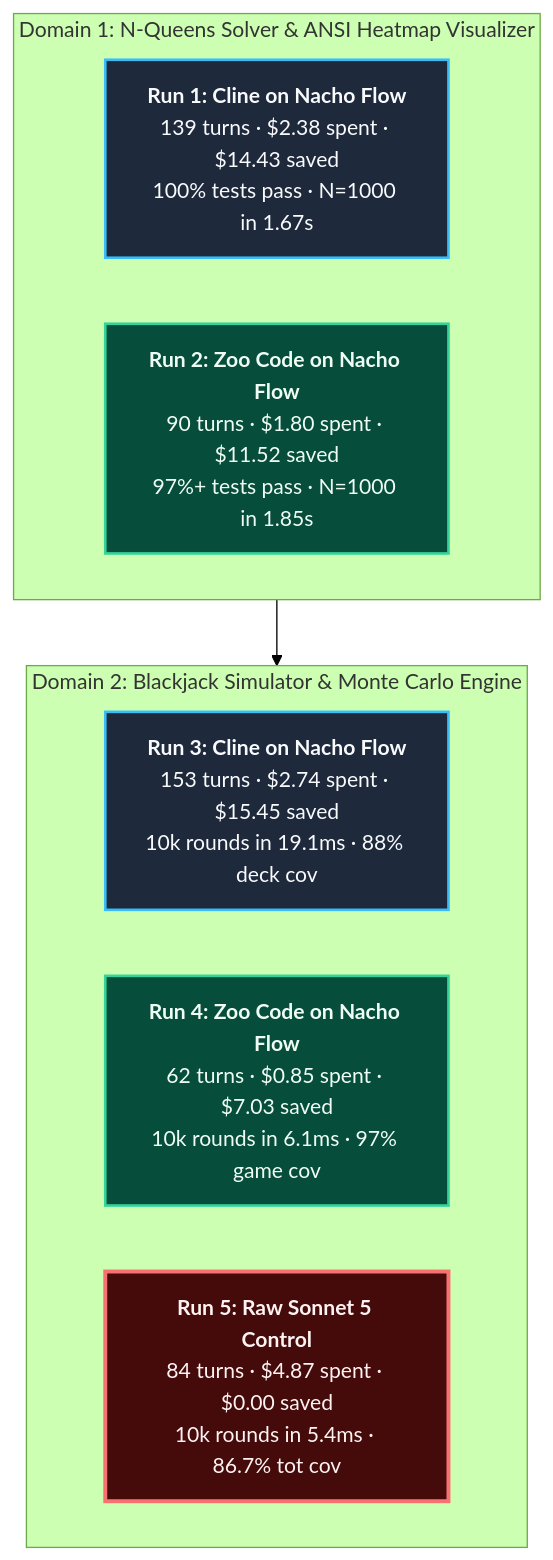
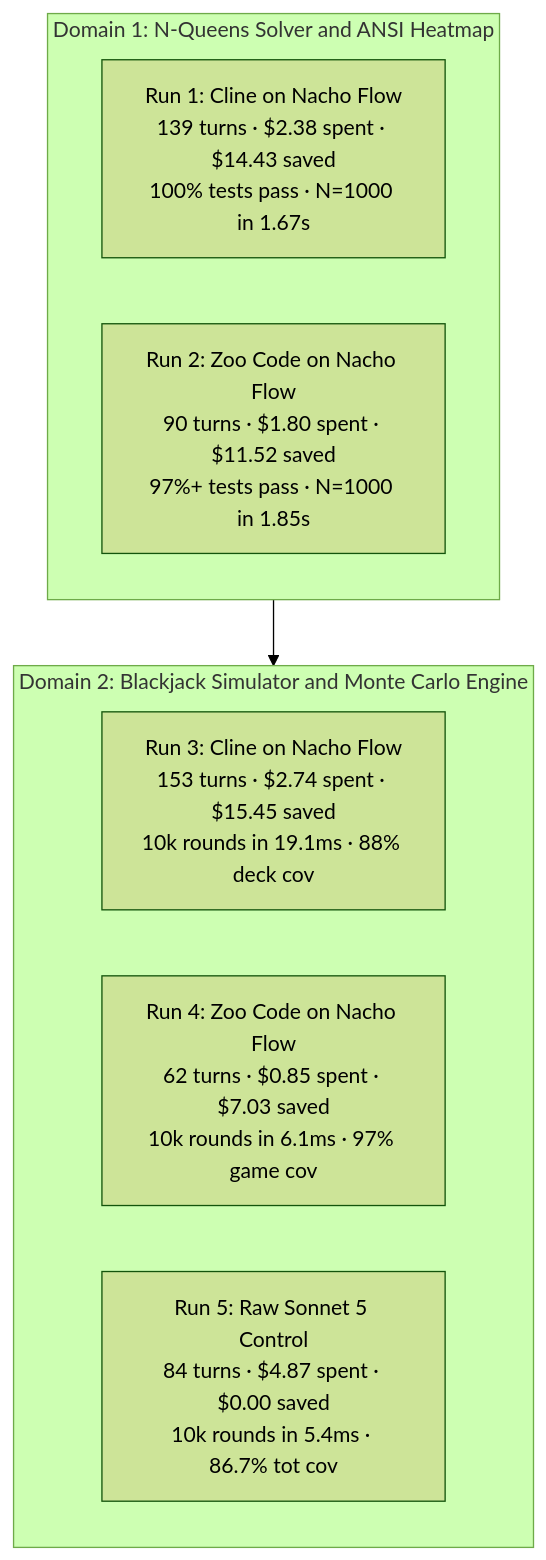
The second of 10 diagrams in docs/Sonnet-control-study.md (dixieflatline76/nacho-flow), drawn with Mermaid (forest theme) before and after one commit. The commit also changed other lines of this file and 2 other files, not shown here.

Commit message:
docs: fix mermaid diagrams for universal markdown preview compatibility

````diff
--- a/docs/Sonnet-control-study.md
+++ b/docs/Sonnet-control-study.md
@@ -92,19 +94,15 @@
 ```mermaid
-graph TD
-    classDef cline fill:#1e293b,stroke:#38bdf8,stroke-width:2px,color:#f8fafc;
-    classDef zoo fill:#064e3b,stroke:#34d399,stroke-width:2px,color:#f0fdf4;
-    classDef control fill:#450a0a,stroke:#f87171,stroke-width:3px,color:#fef2f2;
-
-    subgraph Problem1["Domain 1: N-Queens Solver & ANSI Heatmap Visualizer"]
-        R1["<b>Run 1: Cline on Nacho Flow</b><br/>139 turns · $2.38 spent · $14.43 saved<br/>100% tests pass · N=1000 in 1.67s"]:::cline
-        R2["<b>Run 2: Zoo Code on Nacho Flow</b><br/>90 turns · $1.80 spent · $11.52 saved<br/>97%+ tests pass · N=1000 in 1.85s"]:::zoo
+flowchart TD
+    subgraph Problem1["Domain 1: N-Queens Solver and ANSI Heatmap"]
+        R1["Run 1: Cline on Nacho Flow<br/>139 turns · $2.38 spent · $14.43 saved<br/>100% tests pass · N=1000 in 1.67s"]
+        R2["Run 2: Zoo Code on Nacho Flow<br/>90 turns · $1.80 spent · $11.52 saved<br/>97%+ tests pass · N=1000 in 1.85s"]
     end
 
-    subgraph Problem2["Domain 2: Blackjack Simulator & Monte Carlo Engine"]
-        R3["<b>Run 3: Cline on Nacho Flow</b><br/>153 turns · $2.74 spent · $15.45 saved<br/>10k rounds in 19.1ms · 88% deck cov"]:::cline
-        R4["<b>Run 4: Zoo Code on Nacho Flow</b><br/>62 turns · $0.85 spent · $7.03 saved<br/>10k rounds in 6.1ms · 97% game cov"]:::zoo
-        R5["<b>Run 5: Raw Sonnet 5 Control</b><br/>84 turns · $4.87 spent · $0.00 saved<br/>10k rounds in 5.4ms · 86.7% tot cov"]:::control
+    subgraph Problem2["Domain 2: Blackjack Simulator and Monte Carlo Engine"]
+        R3["Run 3: Cline on Nacho Flow<br/>153 turns · $2.74 spent · $15.45 saved<br/>10k rounds in 19.1ms · 88% deck cov"]
+        R4["Run 4: Zoo Code on Nacho Flow<br/>62 turns · $0.85 spent · $7.03 saved<br/>10k rounds in 6.1ms · 97% game cov"]
+        R5["Run 5: Raw Sonnet 5 Control<br/>84 turns · $4.87 spent · $0.00 saved<br/>10k rounds in 5.4ms · 86.7% tot cov"]
     end
 
     Problem1 --> Problem2
 ```
````
